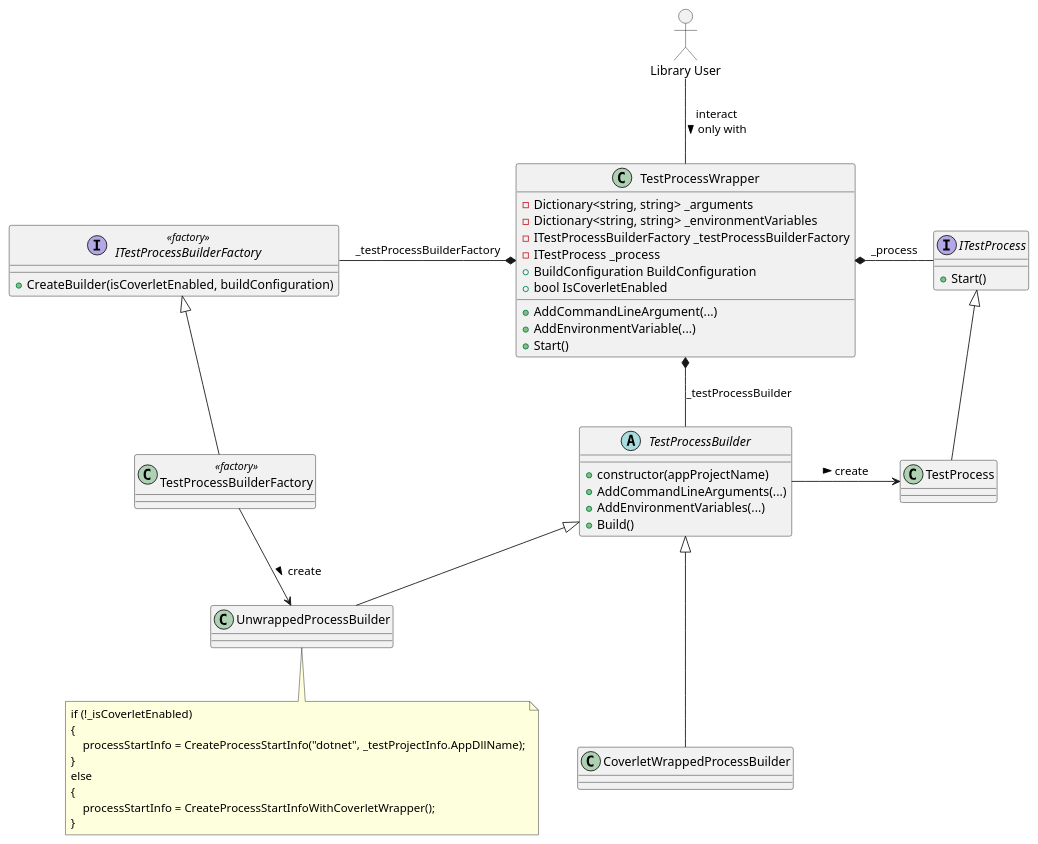
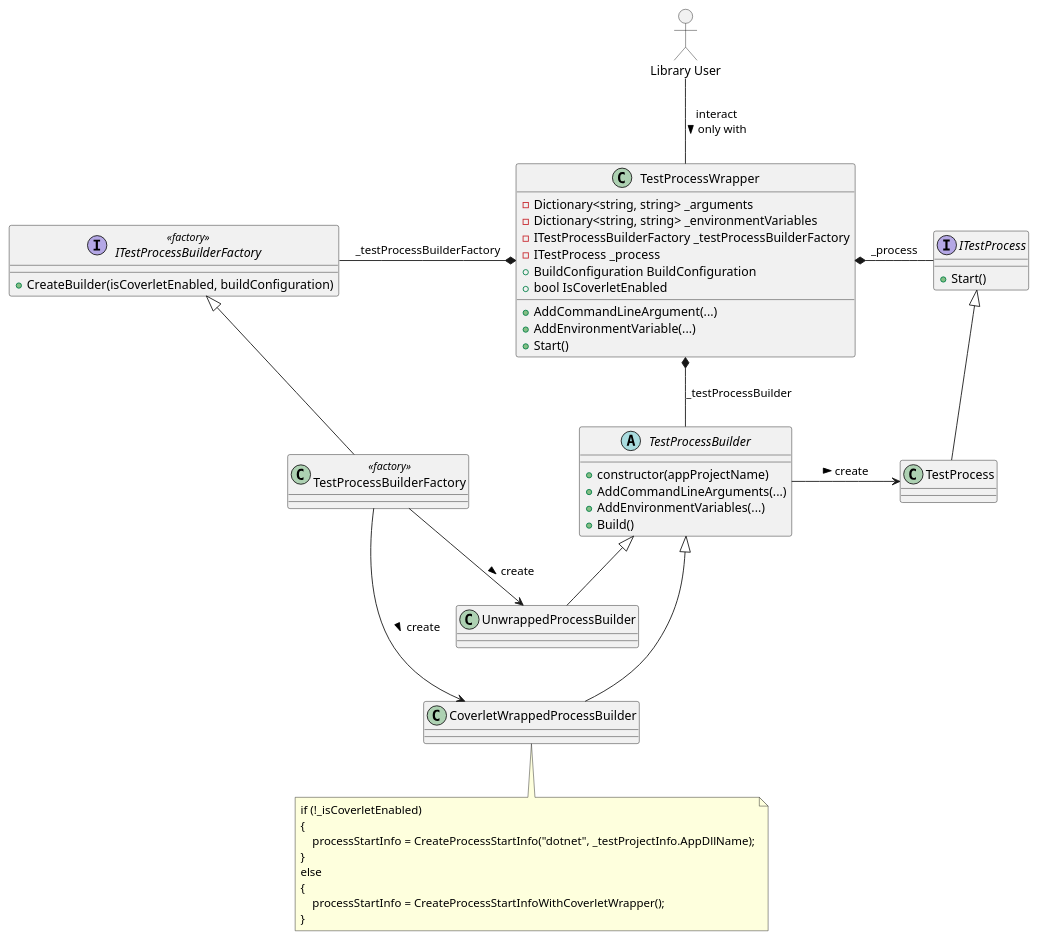
The diagram in docs/current_create_process.puml (wonderbird/TestProcessWrapper), drawn with PlantUML before and after one commit. The commit also changed 4 other files, not shown here.

Commit message:
refactor: remove coverlet related code from UnwrappedProcessBuilder

```diff
--- a/docs/current_create_process.puml
+++ b/docs/current_create_process.puml
@@ -1,67 +1,68 @@
 @startuml
 allowmixing
 
 actor "Library User" as user
 
 class "TestProcessWrapper" as wrapper {
   - Dictionary<string, string> _arguments
   - Dictionary<string, string> _environmentVariables
   - ITestProcessBuilderFactory _testProcessBuilderFactory
   - ITestProcess _process
   + BuildConfiguration BuildConfiguration
   + bool IsCoverletEnabled
 
   + AddCommandLineArgument(...)
   + AddEnvironmentVariable(...)
   + Start()
 }
 
 user -- wrapper : interact\nonly with >
 
 interface "ITestProcessBuilderFactory" as factory_if << factory >> {
   + CreateBuilder(isCoverletEnabled, buildConfiguration)
 }
 
 class "TestProcessBuilderFactory" as factory << factory >>
 factory_if <|-- factory
 
 factory_if -* wrapper : _testProcessBuilderFactory
 
 abstract class "TestProcessBuilder" as builder {
   + constructor(appProjectName)
   + AddCommandLineArguments(...)
   + AddEnvironmentVariables(...)
   + Build()
 }
 
 wrapper *-- builder : _testProcessBuilder
 
 class "UnwrappedProcessBuilder" as unwrapped_builder
 builder <|-- unwrapped_builder
 factory --> unwrapped_builder : create >
 
 class "CoverletWrappedProcessBuilder" as coverlet_builder
 builder <|--- coverlet_builder
+factory ---> coverlet_builder : create >
 
 interface "ITestProcess" as process_if {
   + Start()
 }
 
 wrapper *- process_if : _process
 
 class "TestProcess" as process
 process_if <|-- process
 
 builder -> process : create >
 
-note bottom of unwrapped_builder
+note bottom of coverlet_builder
 if (!_isCoverletEnabled)
 {
     processStartInfo = CreateProcessStartInfo("dotnet", _testProjectInfo.AppDllName);
 }
 else
 {
     processStartInfo = CreateProcessStartInfoWithCoverletWrapper();
 }
 end note
 @enduml
```
